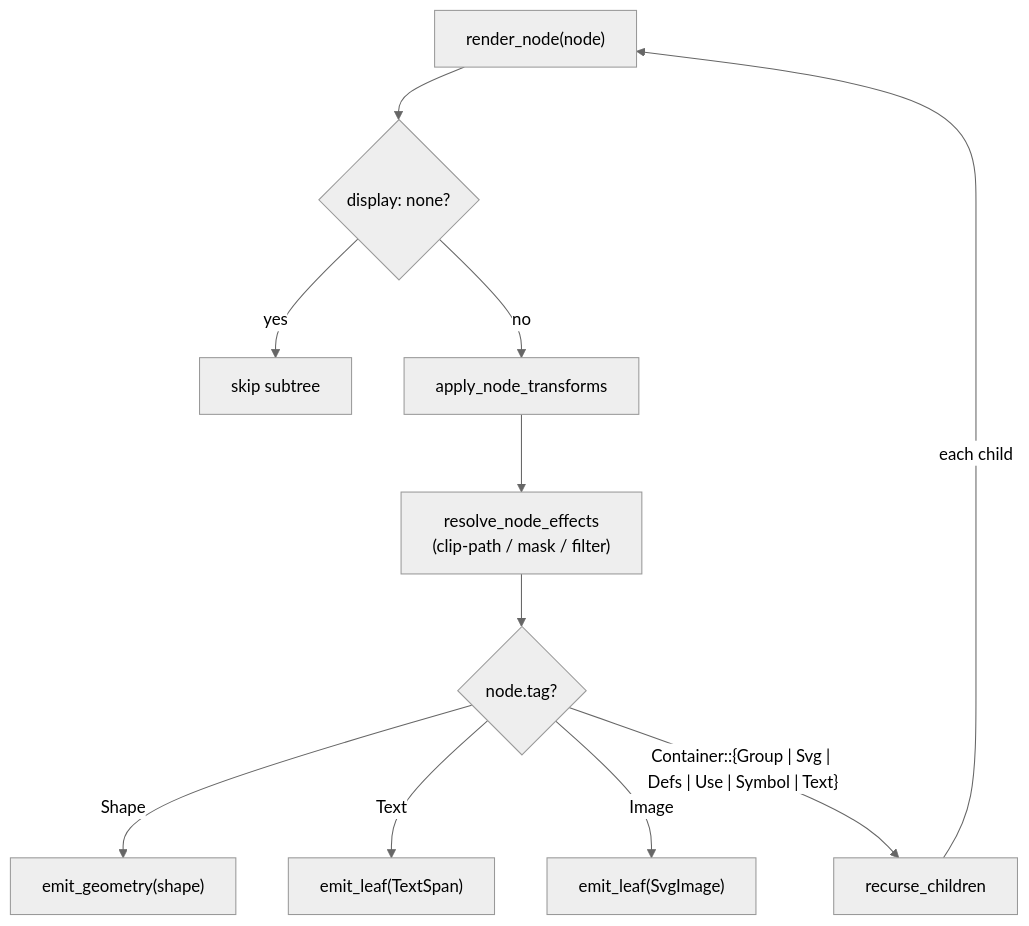
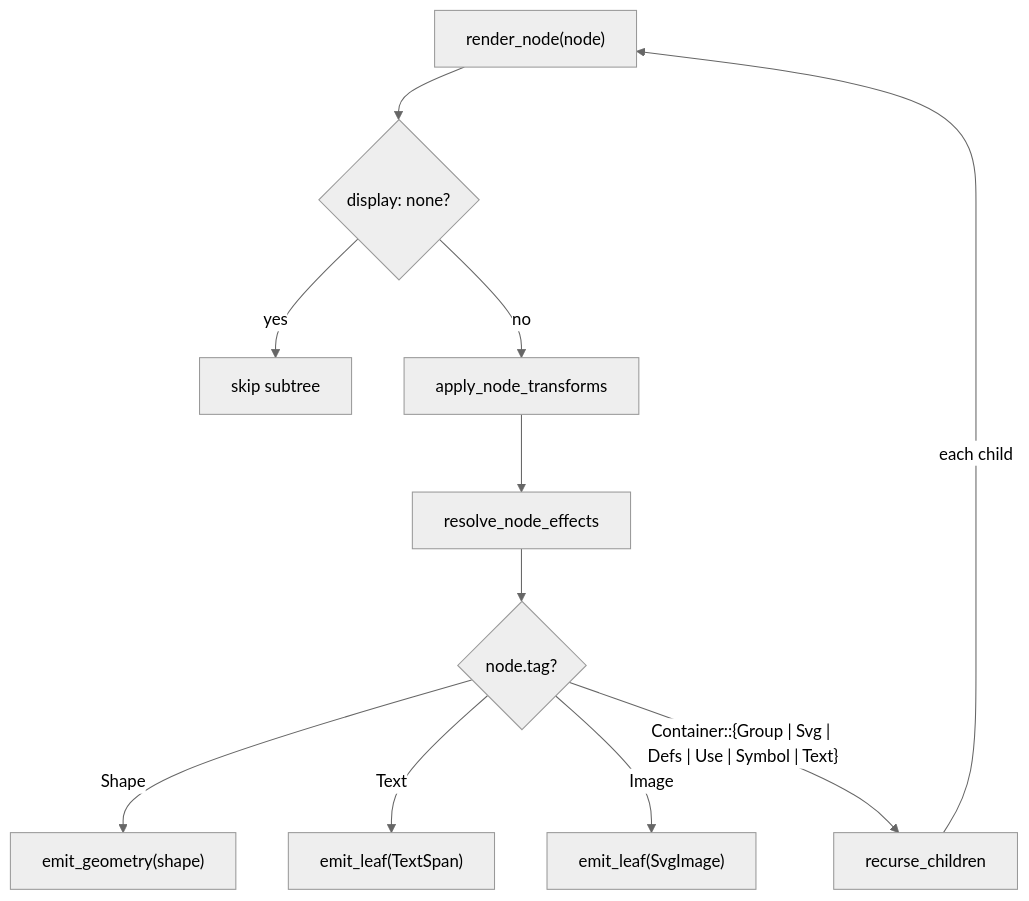
The fourth of 7 diagrams in components/svg_engine/README.md (mu-mostafa98/servo), drawn with Mermaid (neutral theme) before and after one commit. The commit also changed other lines of this file, not shown here.

````diff
--- a/components/svg_engine/README.md
+++ b/components/svg_engine/README.md
@@ -240,13 +192,13 @@
 ```mermaid
 flowchart TD
     A["render_node(node)"] --> B{"display: none?"}
     B -- "yes" --> END["skip subtree"]
     B -- "no" --> C["apply_node_transforms"]
-    C --> E["resolve_node_effects<br/>(clip-path / mask / filter)"]
+    C --> E["resolve_node_effects"]
     E --> G{"node.tag?"}
     G -- "Shape" --> H["emit_geometry(shape)"]
     G -- "Text" --> I["emit_leaf(TextSpan)"]
     G -- "Image" --> J["emit_leaf(SvgImage)"]
     G -- "Container::{Group | Svg | Defs | Use | Symbol | Text}" --> L["recurse_children"]
     L -- "each child" --> A
 ```
````
